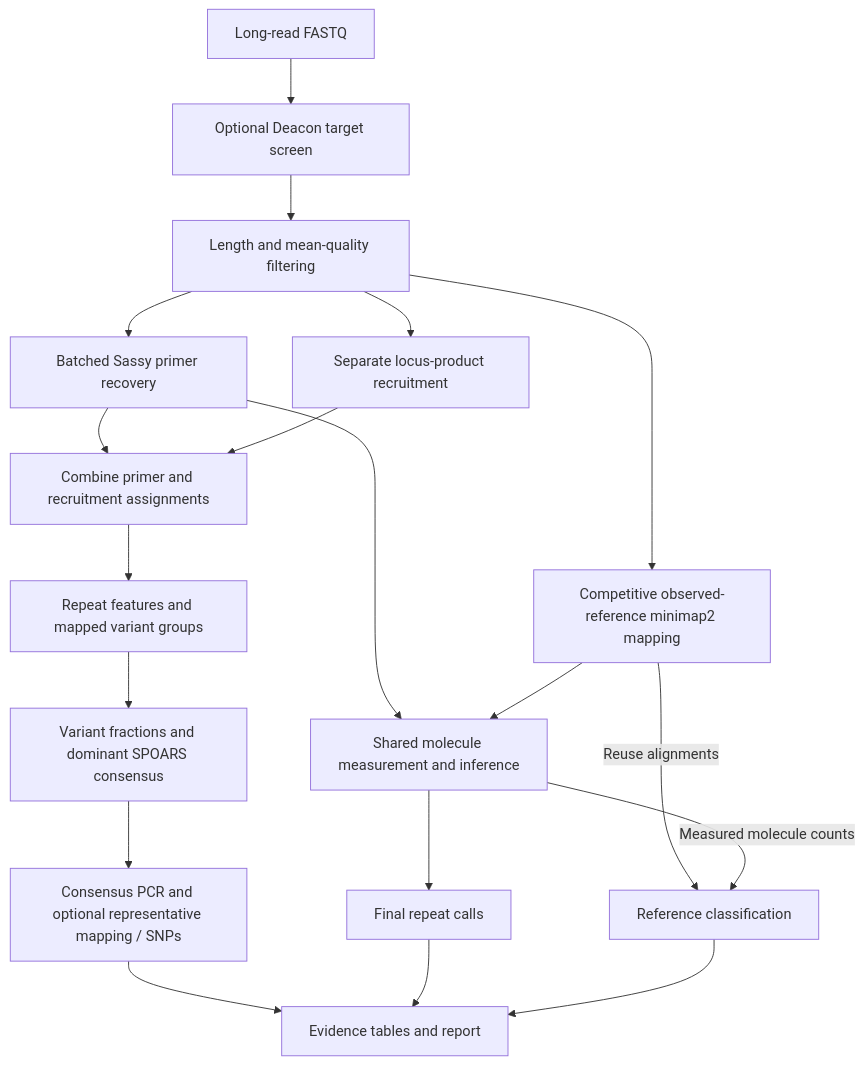
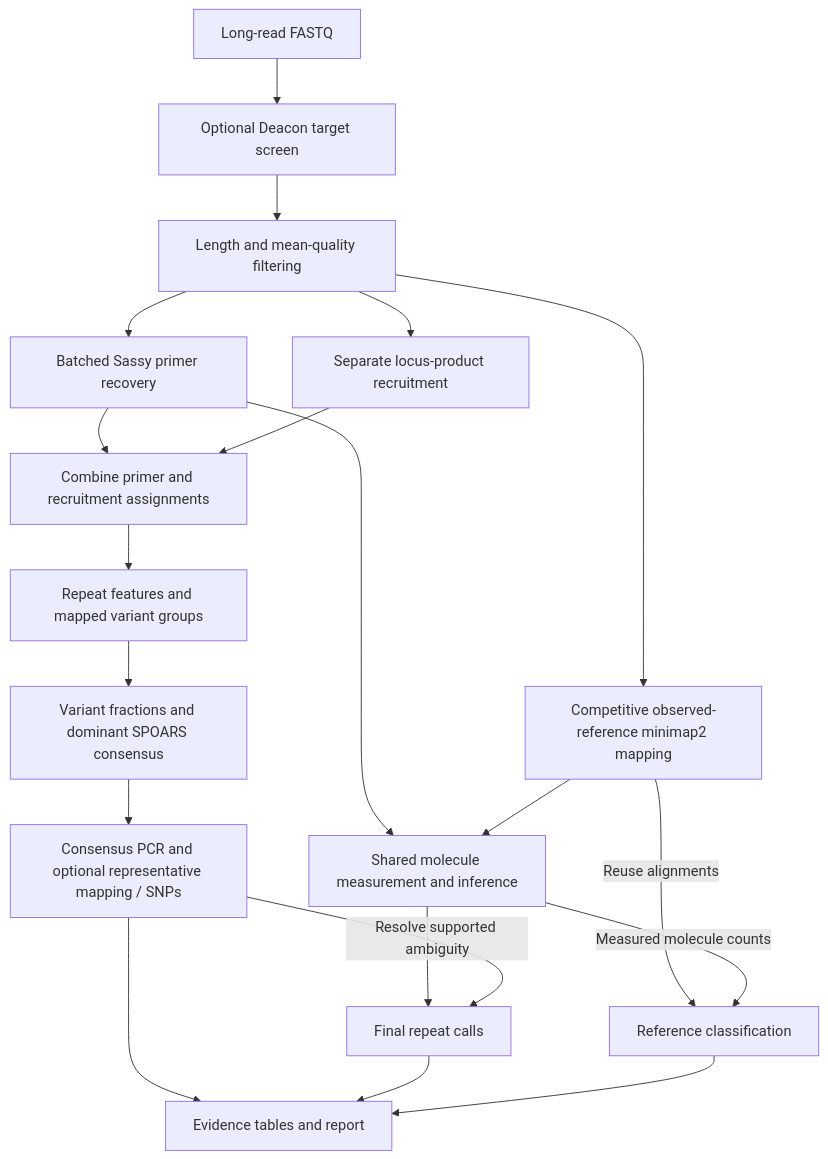
The third of 4 diagrams in workflow.md (microbemarsh/mlvamaps), drawn with Mermaid before and after one commit. The commit also changed other lines of this file and 19 other files, not shown here.

````diff
--- a/workflow.md
+++ b/workflow.md
@@ -176,21 +187,22 @@
 ```mermaid
 flowchart TD
     Input[Long-read FASTQ] --> Screen[Optional Deacon target screen]
     Screen --> QC[Length and mean-quality filtering]
     QC --> PCR[Batched Sassy primer recovery]
     QC --> Map[Competitive observed-reference minimap2 mapping]
     PCR --> Shared[Shared molecule measurement and inference]
     Map --> Shared
     QC --> Recruit[Separate locus-product recruitment]
     PCR --> Combine[Combine primer and recruitment assignments]
     Recruit --> Combine
     Combine --> Features[Repeat features and mapped variant groups]
     Features --> POA[Variant fractions and dominant SPOARS consensus]
     POA --> Confirm[Consensus PCR and optional representative mapping / SNPs]
     Shared --> Calls[Final repeat calls]
     Confirm --> Report[Evidence tables and report]
+    Confirm -->|Resolve supported ambiguity| Calls
     Calls --> Report
     Map -->|Reuse alignments| Classify[Reference classification]
     Shared -->|Measured molecule counts| Classify
     Classify --> Report
 ```
````
